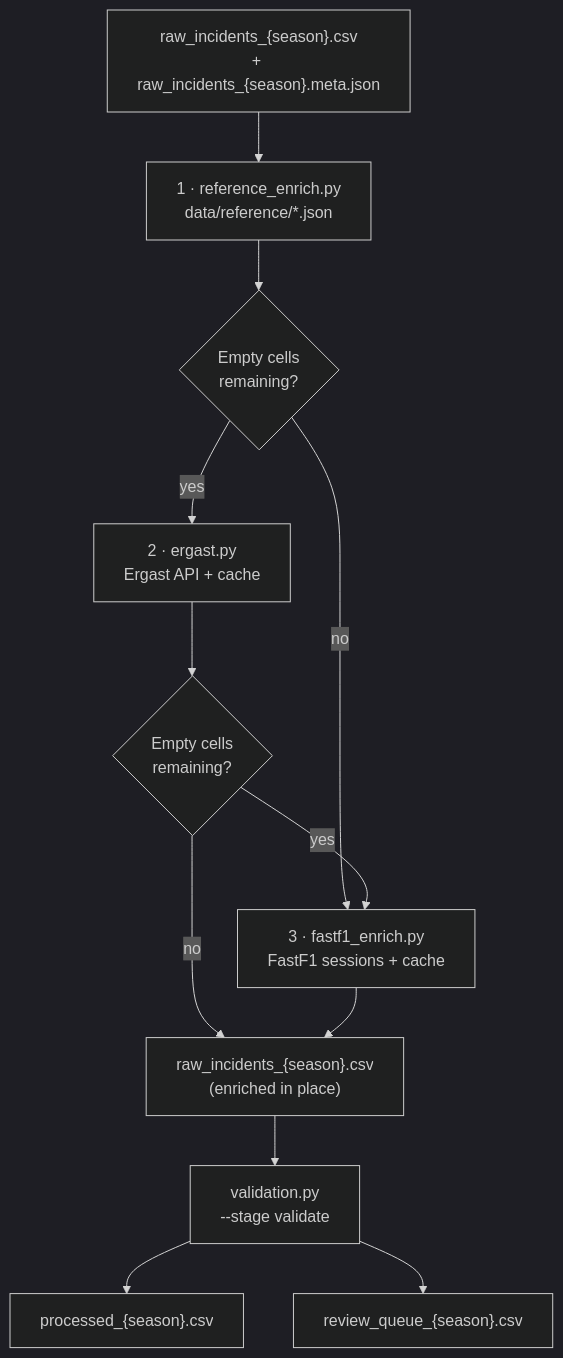
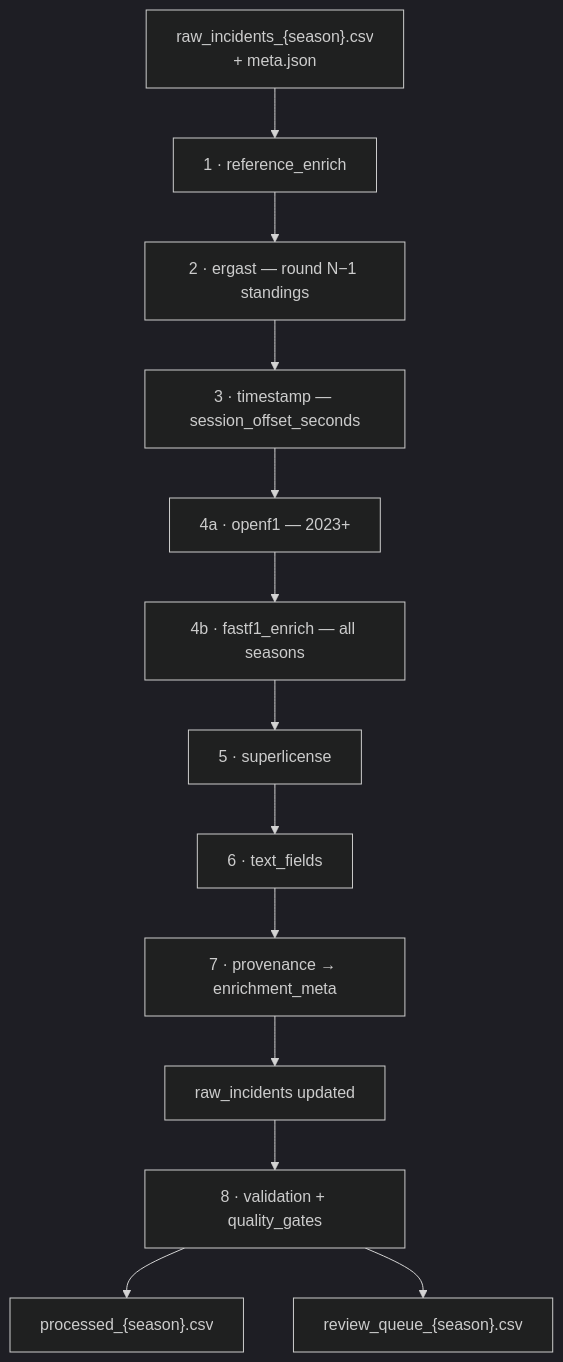
The first of 6 diagrams in src/fia_ml/data/enrichment/README.md (Rouxxel/f1_penalty_predictor), drawn with Mermaid (dark theme) before and after one commit. The commit also changed other lines of this file and 8 other files, not shown here.

````diff
--- a/src/fia_ml/data/enrichment/README.md
+++ b/src/fia_ml/data/enrichment/README.md
@@ -85,19 +41,17 @@
 ```mermaid
 flowchart TD
-    IN["raw_incidents_{season}.csv\n+ raw_incidents_{season}.meta.json"]
+    IN["raw_incidents_{season}.csv\n+ meta.json"]
 
-    IN --> REF["1 · reference_enrich.py\ndata/reference/*.json"]
-    REF --> GAP1{"Empty cells\nremaining?"}
-
-    GAP1 -->|yes| ERG["2 · ergast.py\nErgast API + cache"]
-    GAP1 -->|no| FF
-    ERG --> GAP2{"Empty cells\nremaining?"}
-
-    GAP2 -->|yes| FF["3 · fastf1_enrich.py\nFastF1 sessions + cache"]
-    GAP2 -->|no| OUT
-    FF --> OUT["raw_incidents_{season}.csv\n(enriched in place)"]
-
-    OUT --> VAL["validation.py\n--stage validate"]
+    IN --> REF["1 · reference_enrich"]
+    REF --> ERG["2 · ergast — round N−1 standings"]
+    ERG --> TS["3 · timestamp — session_offset_seconds"]
+    TS --> OF1["4a · openf1 — 2023+"]
+    OF1 --> FF["4b · fastf1_enrich — all seasons"]
+    FF --> SL["5 · superlicense"]
+    SL --> TXT["6 · text_fields"]
+    TXT --> PROV["7 · provenance → enrichment_meta"]
+    PROV --> OUT["raw_incidents updated"]
+    OUT --> VAL["8 · validation + quality_gates"]
     VAL --> PROC["processed_{season}.csv"]
     VAL --> REV["review_queue_{season}.csv"]
 ```
````
